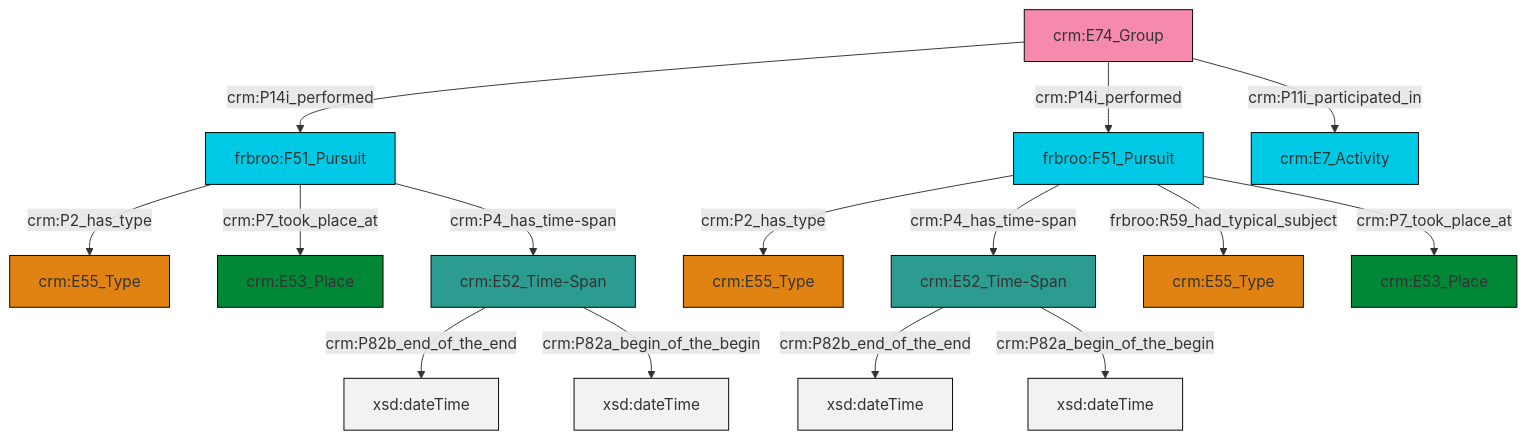
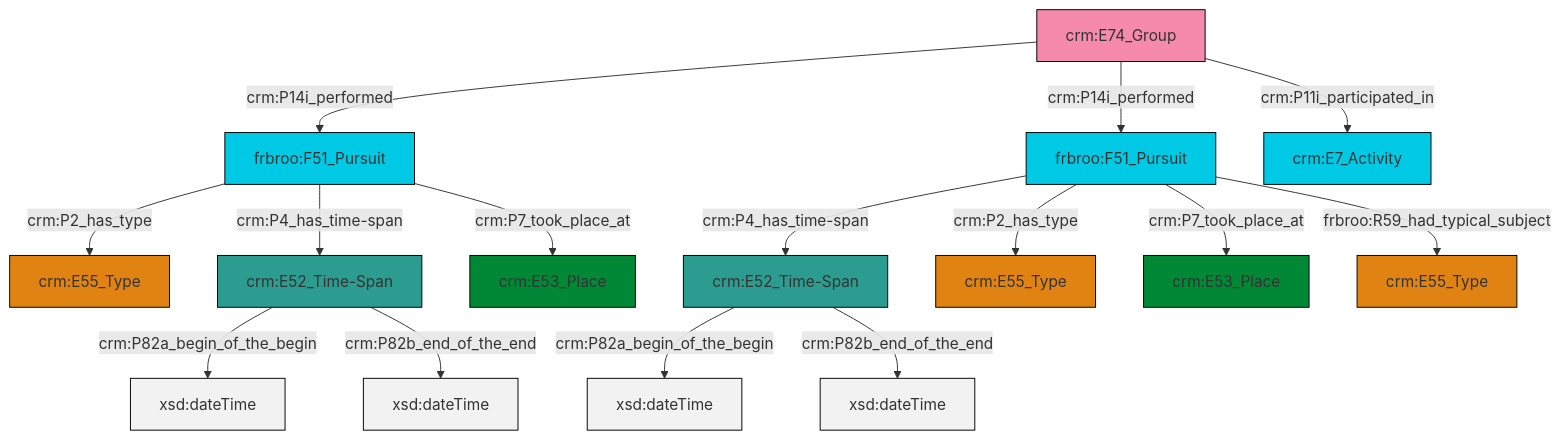
The diagram in et/groupCSV/ttl/mmd/group_events.ttl.mmd (swiss-art-research-net/docs.swissartresearch), drawn with Mermaid before and after one commit. The commit also changed 197 other files, not shown here.

```diff
--- a/et/groupCSV/ttl/mmd/group_events.ttl.mmd
+++ b/et/groupCSV/ttl/mmd/group_events.ttl.mmd
@@ -1,29 +1,29 @@
 graph TD
 classDef Literal fill:#f2f2f2,stroke:#000000;
 classDef CRM_Entity fill:#FFFFFF,stroke:#000000;
 classDef Temporal_Entity fill:#00C9E6, stroke:#000000;
 classDef Type fill:#E18312, stroke:#000000;
 classDef Time-Span fill:#2C9C91, stroke:#000000;
 classDef Appellation fill:#FFEB7F, stroke:#000000;
 classDef Place fill:#008836, stroke:#000000;
 classDef Persistent_Item fill:#B266B2, stroke:#000000;
 classDef Conceptual_Object fill:#FFD700, stroke:#000000;
 classDef Physical_Thing fill:#D2B48C, stroke:#000000;
 classDef Actor fill:#f58aad, stroke:#000000;
 classDef PC_Classes fill:#4ce600, stroke:#000000;
 classDef Multi fill:#cccccc,stroke:#000000;
 
-0["crm:E74_Group"]:::Actor -->|crm:P14i_performed| 1["frbroo:F51_Pursuit"]:::Temporal_Entity
-2["crm:E52_Time-Span"]:::Time-Span -->|crm:P82b_end_of_the_end| 3[xsd:dateTime]:::Literal
-4["frbroo:F51_Pursuit"]:::Temporal_Entity -->|crm:P2_has_type| 5["crm:E55_Type"]:::Type
-4["frbroo:F51_Pursuit"]:::Temporal_Entity -->|crm:P4_has_time-span| 10["crm:E52_Time-Span"]:::Time-Span
-2["crm:E52_Time-Span"]:::Time-Span -->|crm:P82a_begin_of_the_begin| 12[xsd:dateTime]:::Literal
-4["frbroo:F51_Pursuit"]:::Temporal_Entity -->|frbroo:R59_had_typical_subject| 14["crm:E55_Type"]:::Type
-1["frbroo:F51_Pursuit"]:::Temporal_Entity -->|crm:P2_has_type| 6["crm:E55_Type"]:::Type
-10["crm:E52_Time-Span"]:::Time-Span -->|crm:P82b_end_of_the_end| 19[xsd:dateTime]:::Literal
-0["crm:E74_Group"]:::Actor -->|crm:P14i_performed| 4["frbroo:F51_Pursuit"]:::Temporal_Entity
-0["crm:E74_Group"]:::Actor -->|crm:P11i_participated_in| 17["crm:E7_Activity"]:::Temporal_Entity
-1["frbroo:F51_Pursuit"]:::Temporal_Entity -->|crm:P7_took_place_at| 22["crm:E53_Place"]:::Place
-1["frbroo:F51_Pursuit"]:::Temporal_Entity -->|crm:P4_has_time-span| 2["crm:E52_Time-Span"]:::Time-Span
-4["frbroo:F51_Pursuit"]:::Temporal_Entity -->|crm:P7_took_place_at| 25["crm:E53_Place"]:::Place
-10["crm:E52_Time-Span"]:::Time-Span -->|crm:P82a_begin_of_the_begin| 27[xsd:dateTime]:::Literal
+2["crm:E74_Group"]:::Actor -->|crm:P14i_performed| 3["frbroo:F51_Pursuit"]:::Temporal_Entity
+2["crm:E74_Group"]:::Actor -->|crm:P14i_performed| 0["frbroo:F51_Pursuit"]:::Temporal_Entity
+0["frbroo:F51_Pursuit"]:::Temporal_Entity -->|crm:P4_has_time-span| 6["crm:E52_Time-Span"]:::Time-Span
+12["crm:E52_Time-Span"]:::Time-Span -->|crm:P82a_begin_of_the_begin| 13[xsd:dateTime]:::Literal
+3["frbroo:F51_Pursuit"]:::Temporal_Entity -->|crm:P2_has_type| 4["crm:E55_Type"]:::Type
+0["frbroo:F51_Pursuit"]:::Temporal_Entity -->|crm:P2_has_type| 7["crm:E55_Type"]:::Type
+6["crm:E52_Time-Span"]:::Time-Span -->|crm:P82a_begin_of_the_begin| 20[xsd:dateTime]:::Literal
+0["frbroo:F51_Pursuit"]:::Temporal_Entity -->|crm:P7_took_place_at| 9["crm:E53_Place"]:::Place
+2["crm:E74_Group"]:::Actor -->|crm:P11i_participated_in| 18["crm:E7_Activity"]:::Temporal_Entity
+12["crm:E52_Time-Span"]:::Time-Span -->|crm:P82b_end_of_the_end| 24[xsd:dateTime]:::Literal
+3["frbroo:F51_Pursuit"]:::Temporal_Entity -->|crm:P4_has_time-span| 12["crm:E52_Time-Span"]:::Time-Span
+6["crm:E52_Time-Span"]:::Time-Span -->|crm:P82b_end_of_the_end| 26[xsd:dateTime]:::Literal
+0["frbroo:F51_Pursuit"]:::Temporal_Entity -->|frbroo:R59_had_typical_subject| 21["crm:E55_Type"]:::Type
+3["frbroo:F51_Pursuit"]:::Temporal_Entity -->|crm:P7_took_place_at| 16["crm:E53_Place"]:::Place
```
